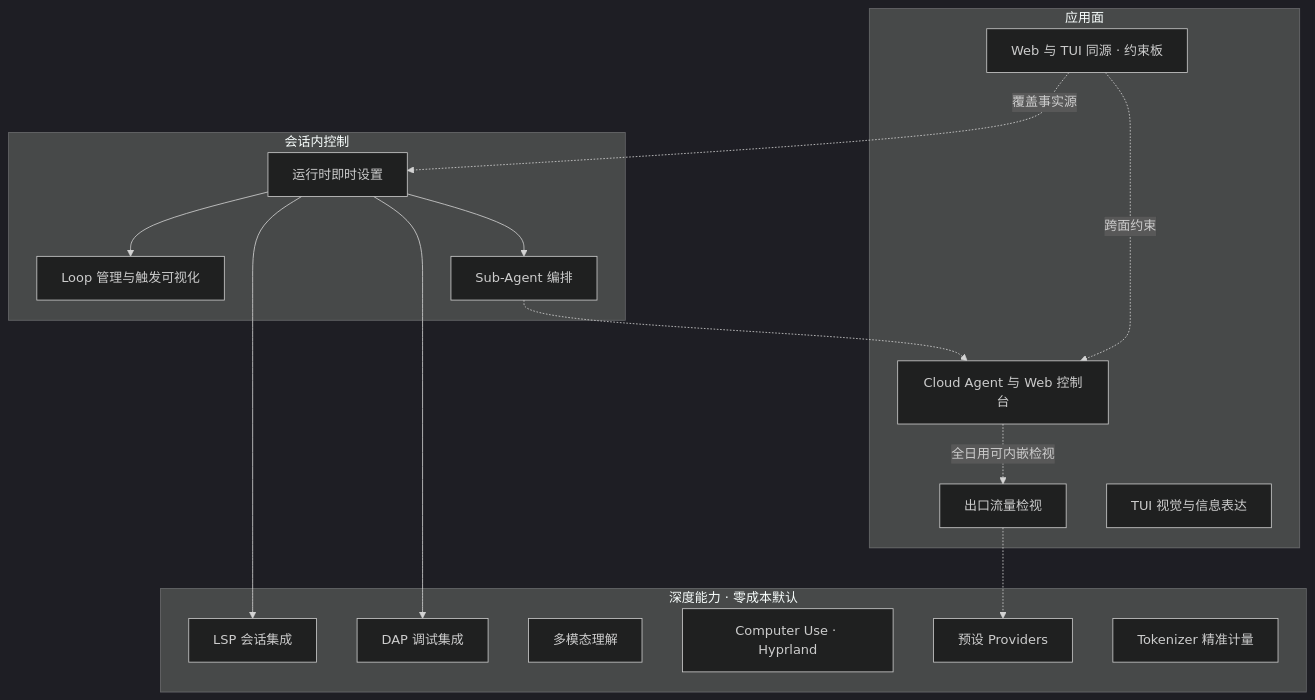
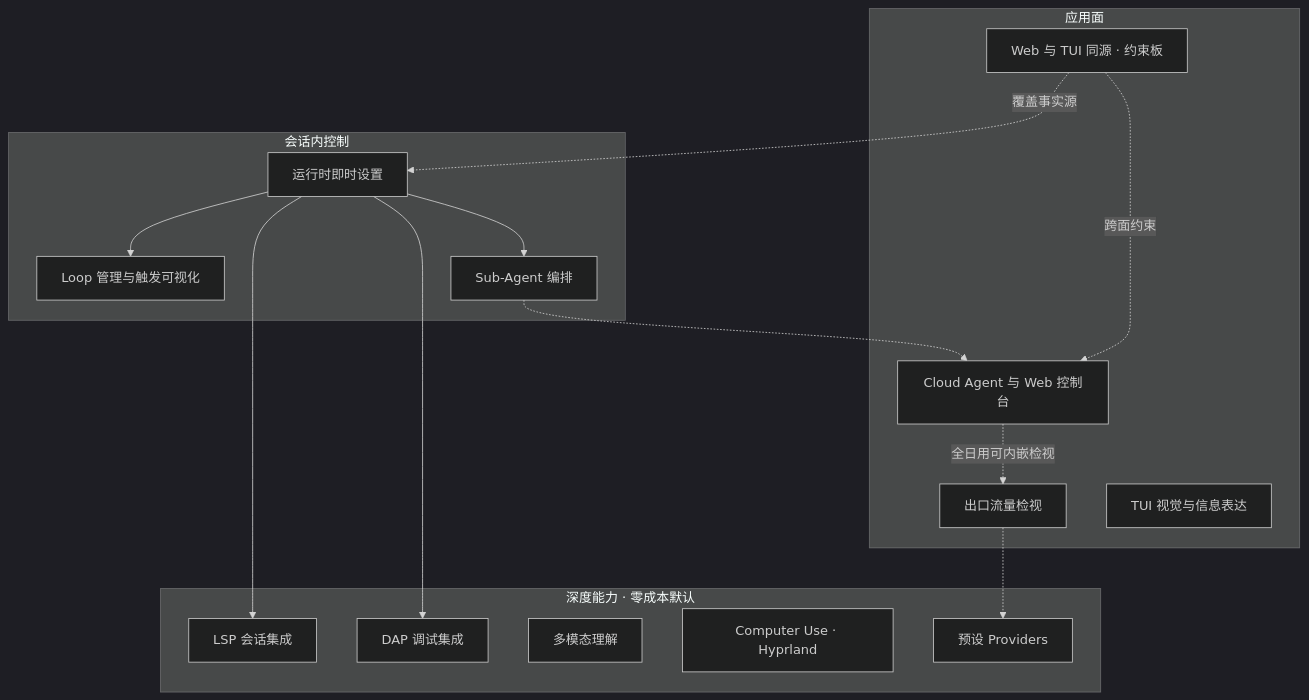
Before and after one commit to StrayDragon/xylitol: the diagram in docs/roadmaps/README.md, drawn with Mermaid (dark theme). The commit also changed other lines of this file and 5 other files, not shown here.

````diff
--- a/docs/roadmaps/README.md
+++ b/docs/roadmaps/README.md
@@ -28,34 +28,33 @@
 ```mermaid
 flowchart TB
   subgraph Surfaces["应用面"]
     Homo["Web 与 TUI 同源 · 约束板"]
     Web["Cloud Agent 与 Web 控制台"]
     Inspect["出口流量检视"]
     Visual["TUI 视觉与信息表达"]
   end
 
   subgraph SessionCtrl["会话内控制"]
     Live["运行时即时设置"]
     Loop["Loop 管理与触发可视化"]
     Sub["Sub-Agent 编排"]
   end
 
   subgraph Depth["深度能力 · 零成本默认"]
     Lsp["LSP 会话集成"]
     Dap["DAP 调试集成"]
     Multi["多模态理解"]
     Cu["Computer Use · Hyprland"]
     Prov["预设 Providers"]
-    Tok["Tokenizer 精准计量"]
   end
 
   Homo -.->|跨面约束| Web
   Homo -.->|覆盖事实源| Live
   Web -.->|全日用可内嵌检视| Inspect
   Live --> Lsp
   Live --> Dap
   Live --> Sub
   Live --> Loop
   Inspect -.-> Prov
   Sub -.-> Web
 ```
````
